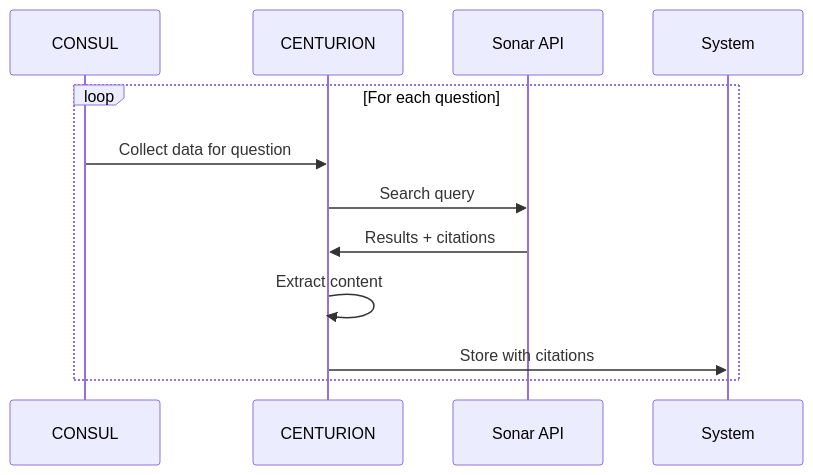
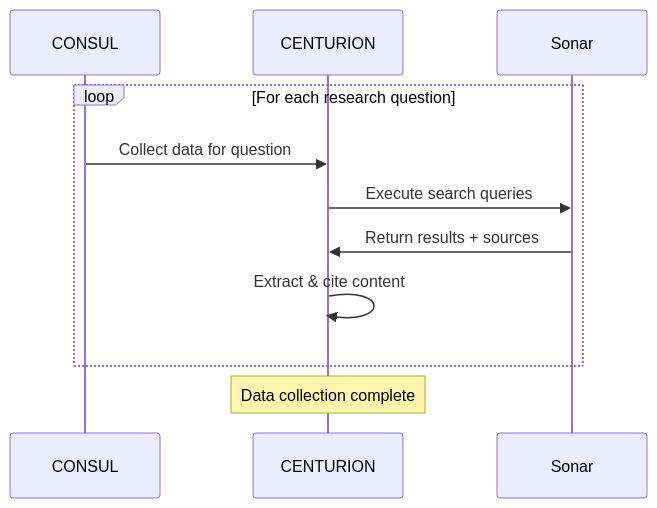
One commit to victorbash400/legion changed the third of 4 diagrams in README.md. Above: the diagram before and after it, drawn with Mermaid. The commit also changed other lines of this file, not shown here.

````diff
--- a/README.md
+++ b/README.md
@@ -392,14 +323,14 @@
 ```mermaid
 sequenceDiagram
     participant CONSUL
     participant CENTURION
-    participant Sonar API
+    participant Sonar
     
-    loop For each question
+    loop For each research question
         CONSUL->>CENTURION: Collect data for question
-        CENTURION->>Sonar API: Search query
-        Sonar API->>CENTURION: Results + citations
-        CENTURION->>CENTURION: Extract content
-        CENTURION->>System: Store with citations
+        CENTURION->>Sonar: Execute search queries
+        Sonar->>CENTURION: Return results + sources
+        CENTURION->>CENTURION: Extract & cite content
     end
+    Note over CENTURION: Data collection complete
 ```
````
